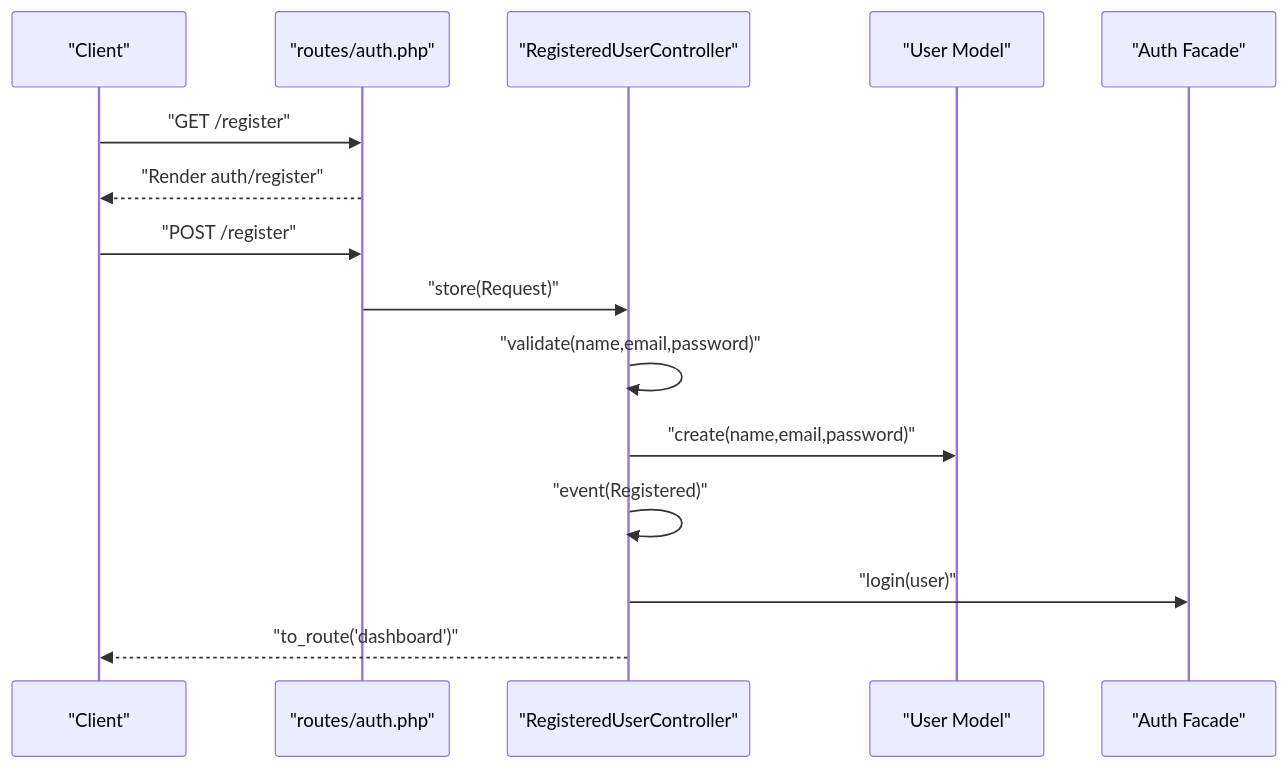
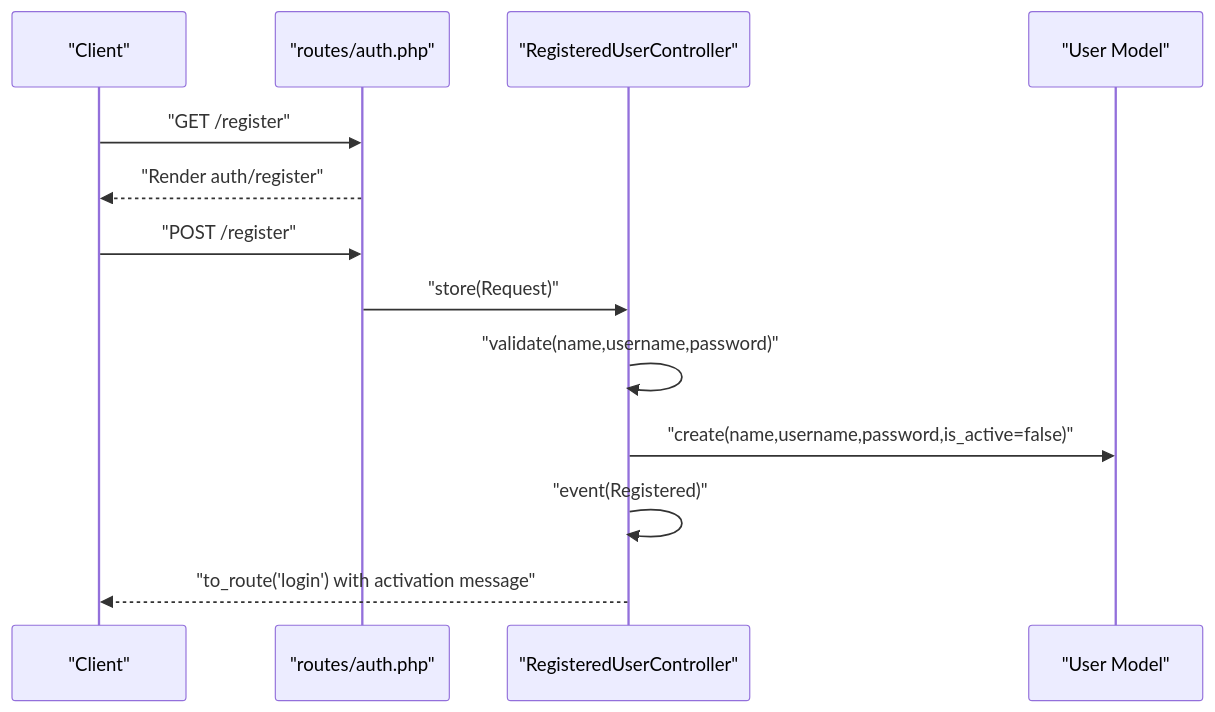
Before and after one commit to vincet0t15/template: the fifth of 11 diagrams in .qoder/repowiki/en/content/Authentication System/Authentication System.md, drawn with Mermaid. The commit also changed other lines of this file and 12 other files, not shown here.

````diff
--- a/.qoder/repowiki/en/content/Authentication System/Authentication System.md
+++ b/.qoder/repowiki/en/content/Authentication System/Authentication System.md
@@ -272,17 +309,15 @@
 ```mermaid
 sequenceDiagram
 participant C as "Client"
 participant R as "routes/auth.php"
 participant RC as "RegisteredUserController"
 participant U as "User Model"
-participant A as "Auth Facade"
 C->>R : "GET /register"
 R-->>C : "Render auth/register"
 C->>R : "POST /register"
 R->>RC : "store(Request)"
-RC->>RC : "validate(name,email,password)"
-RC->>U : "create(name,email,password)"
+RC->>RC : "validate(name,username,password)"
+RC->>U : "create(name,username,password,is_active=false)"
 RC->>RC : "event(Registered)"
-RC->>A : "login(user)"
-RC-->>C : "to_route('dashboard')"
+RC-->>C : "to_route('login') with activation message"
 ```
````
